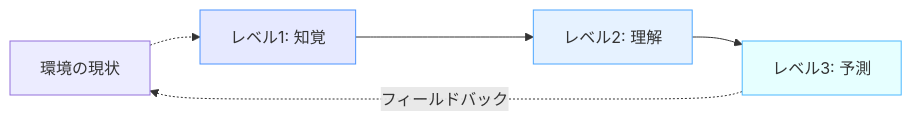
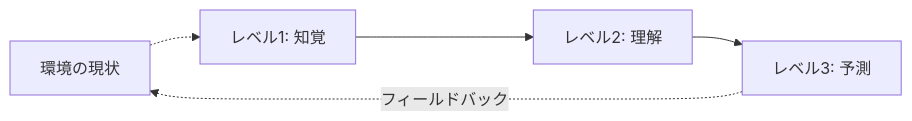
The diagram in docs/basics/what-is-sa.md (shuji-bonji/Situational-Awareness-and-Decision-Making), drawn with Mermaid before and after one commit. The commit also changed 49 other files, not shown here.

Commit message:
fix: ダークモードで見づらい図の色の変更

````diff
--- a/docs/basics/what-is-sa.md
+++ b/docs/basics/what-is-sa.md
@@ -82,11 +82,7 @@
 ```mermaid
 graph LR
     S[環境の現状] -.-> A
     A[レベル1: 知覚] --> B[レベル2: 理解]
     B --> C[レベル3: 予測]
     C -.-> |フィールドバック| S
-
-    style A fill:#e6e9ff,stroke:#4d94ff
-    style B fill:#e6f2ff,stroke:#4da6ff
-    style C fill:#e6ffff,stroke:#4db8ff
 ```
````
